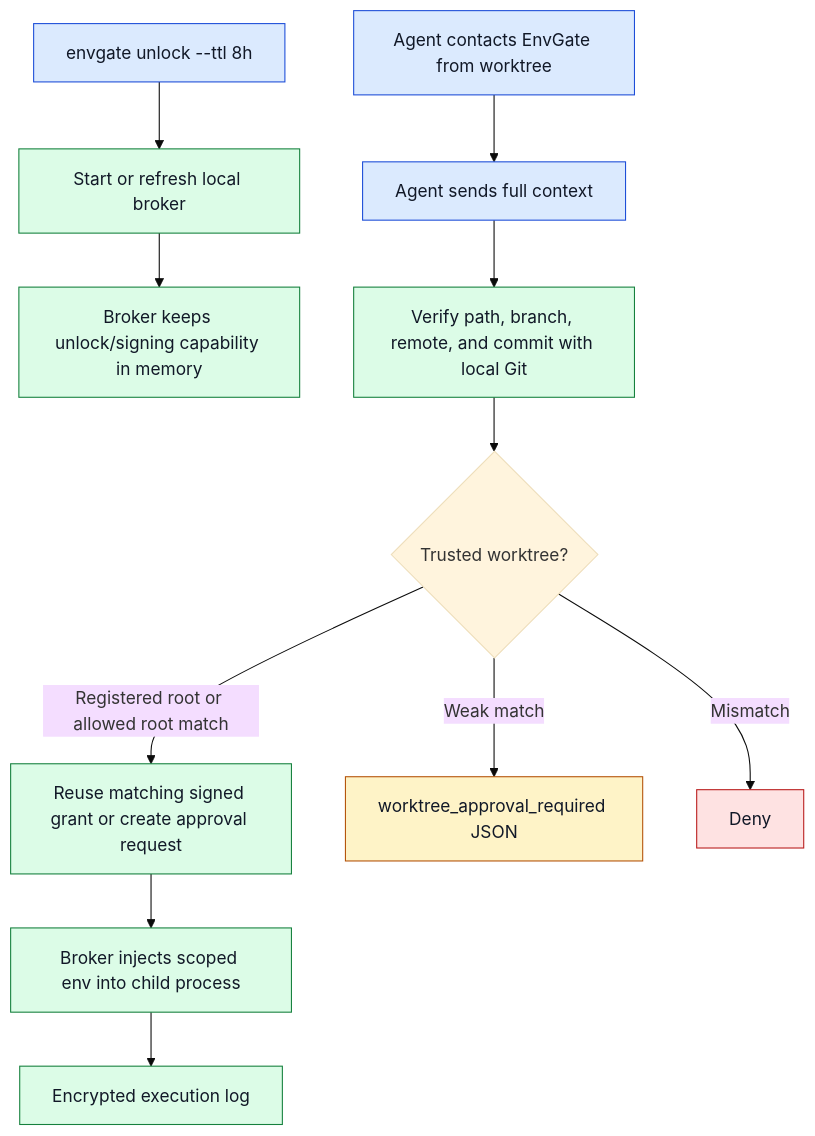
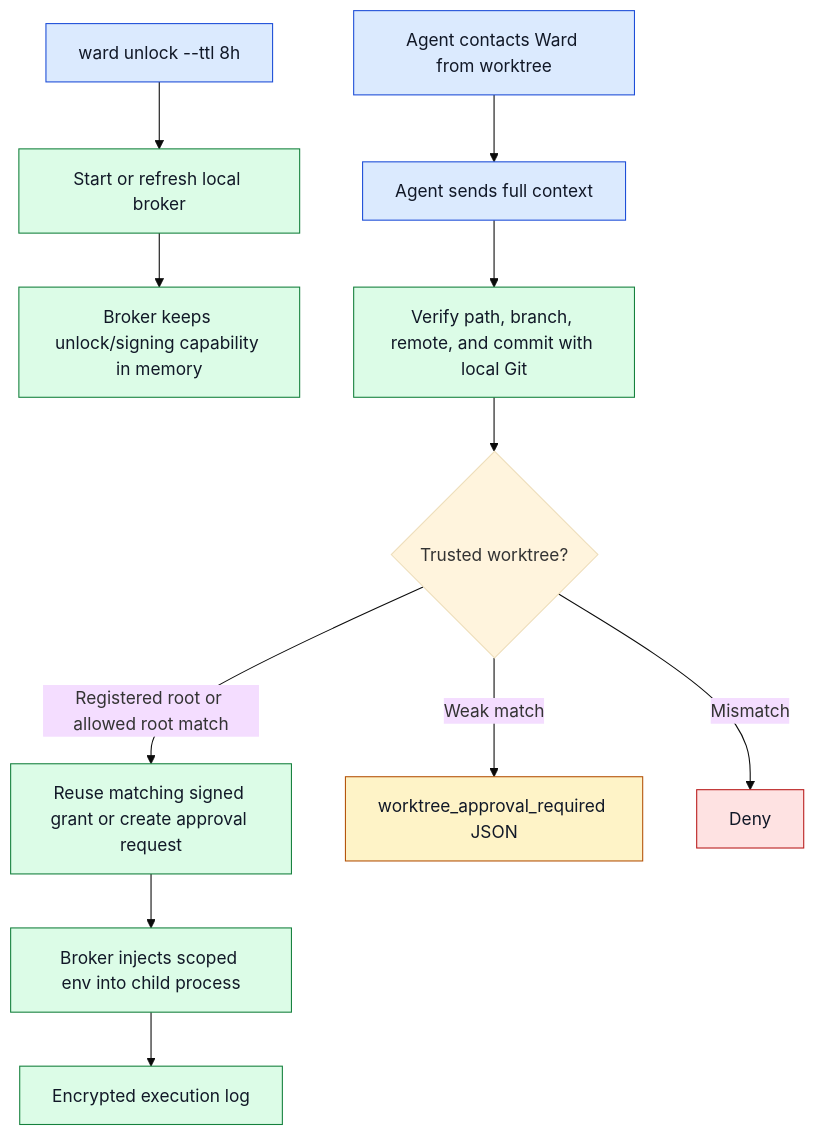
One commit to web3-claw/aiward changed the sixth of 9 diagrams in docs/infographics.md. Above: the diagram before and after it, drawn with Mermaid (base theme). The commit also changed other lines of this file and 30 other files, not shown here.

First line of the commit message:
refactor: rename envgate → ward across entire codebase

````diff
--- a/docs/infographics.md
+++ b/docs/infographics.md
@@ -187,22 +187,22 @@
 ```mermaid
 flowchart TD
-    A["envgate unlock --ttl 8h"] --> B["Start or refresh local broker"]
+    A["ward unlock --ttl 8h"] --> B["Start or refresh local broker"]
     B --> C["Broker keeps unlock/signing capability in memory"]
-    D["Agent contacts EnvGate from worktree"] --> E["Agent sends full context"]
+    D["Agent contacts Ward from worktree"] --> E["Agent sends full context"]
     E --> F["Verify path, branch, remote, and commit with local Git"]
     F --> G{"Trusted worktree?"}
     G -->|"Registered root or allowed root match"| H["Reuse matching signed grant or create approval request"]
     G -->|"Weak match"| I["worktree_approval_required JSON"]
     G -->|"Mismatch"| J["Deny"]
     H --> K["Broker injects scoped env into child process"]
     K --> L["Encrypted execution log"]
 
     classDef command fill:#dbeafe,stroke:#1d4ed8,color:#111827;
     classDef protected fill:#dcfce7,stroke:#15803d,color:#111827;
     classDef warning fill:#fef3c7,stroke:#b45309,color:#111827;
     classDef danger fill:#fee2e2,stroke:#b91c1c,color:#111827;
     class A,D,E command;
     class B,C,F,H,K,L protected;
     class I warning;
     class J danger;
 ```
````
